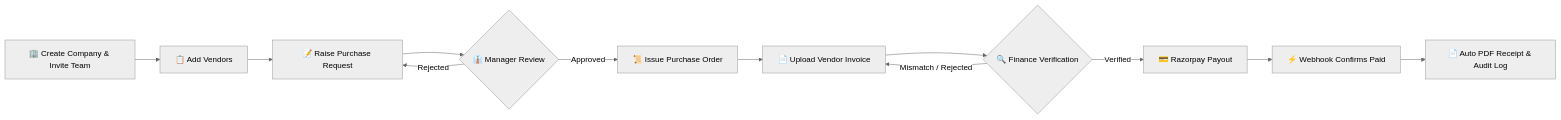
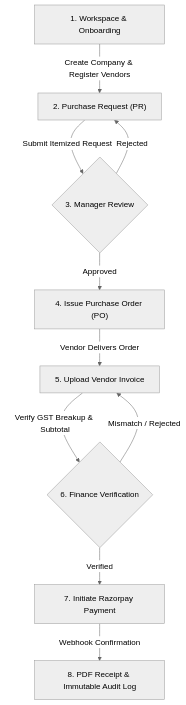
The diagram in README.md (VarunSinha07/vyaparSetu), drawn with Mermaid (neutral theme) before and after one commit. The commit also changed other lines of this file, not shown here.

````diff
--- a/README.md
+++ b/README.md
@@ -40,14 +40,16 @@
 ```mermaid
-flowchart LR
-    A[🏢 Create Company & Invite Team] --> B[📋 Add Vendors]
-    B --> C[📝 Raise Purchase Request]
-    C --> D{👔 Manager Review}
-    D -- Rejected --> C
-    D -- Approved --> E[📜 Issue Purchase Order]
-    E --> F[📄 Upload Vendor Invoice]
-    F --> G{🔍 Finance Verification}
-    G -- Mismatch / Rejected --> F
-    G -- Verified --> H[💳 Razorpay Payout]
-    H --> I[⚡ Webhook Confirms Paid]
-    I --> J[📄 Auto PDF Receipt & Audit Log]
+graph TD
+    A["1. Workspace & Onboarding"] -->|Create Company & Register Vendors| B["2. Purchase Request (PR)"]
+    B -->|Submit Itemized Request| C{"3. Manager Review"}
+    
+    C -- Approved --> D["4. Issue Purchase Order (PO)"]
+    C -- Rejected --> B
+    
+    D -->|Vendor Delivers Order| E["5. Upload Vendor Invoice"]
+    E -->|Verify GST Breakup & Subtotal| F{"6. Finance Verification"}
+    
+    F -- Verified --> G["7. Initiate Razorpay Payment"]
+    F -- Mismatch / Rejected --> E
+    
+    G -->|Webhook Confirmation| H["8. PDF Receipt & Immutable Audit Log"]
 ```
````
